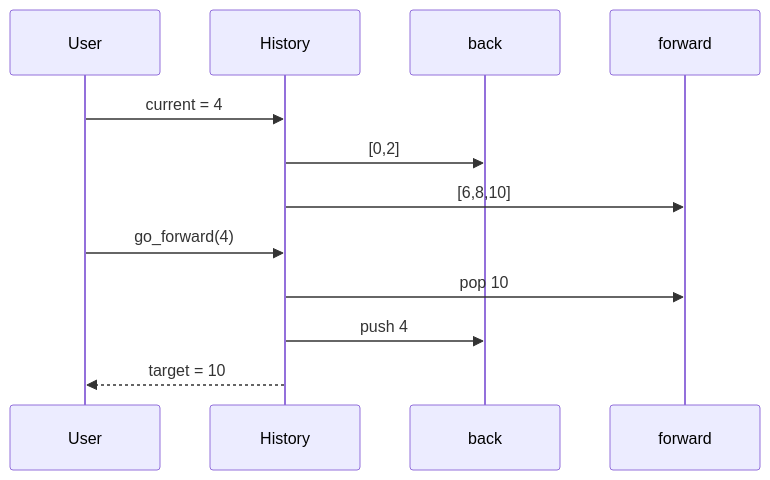
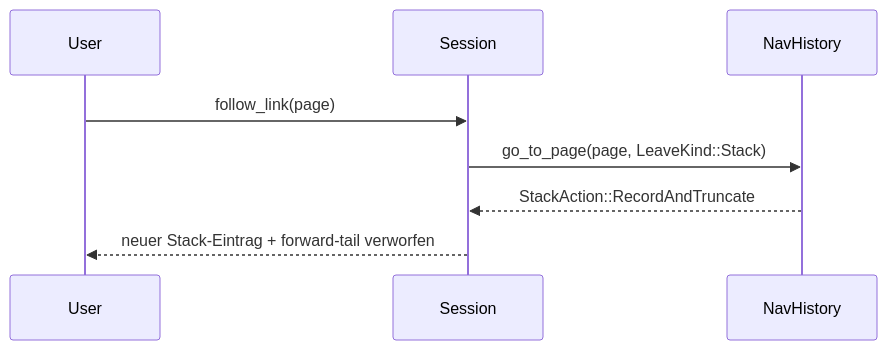
The third of 3 diagrams in docs/nav-history-visualization.md (tedeler/pdfpc_qt6), drawn with Mermaid before and after one commit. The commit also changed other lines of this file, not shown here.

Commit message:
Correct the nav history documentation to distinguish stack-producing jumps from non-stack page navigation

````diff
--- a/docs/nav-history-visualization.md
+++ b/docs/nav-history-visualization.md
@@ -97,15 +232,11 @@
 ```mermaid
 sequenceDiagram
     participant User
-    participant History
-    participant Back as back
-    participant Forward as forward
+    participant Session
+    participant History as NavHistory
 
-    User->>History: current = 4
-    History->>Back: [0,2]
-    History->>Forward: [6,8,10]
-    User->>History: go_forward(4)
-    History->>Forward: pop 10
-    History->>Back: push 4
-    History-->>User: target = 10
+    User->>Session: follow_link(page)
+    Session->>History: go_to_page(page, LeaveKind::Stack)
+    History-->>Session: StackAction::RecordAndTruncate
+    Session-->>User: neuer Stack-Eintrag + forward-tail verworfen
 ```
````
